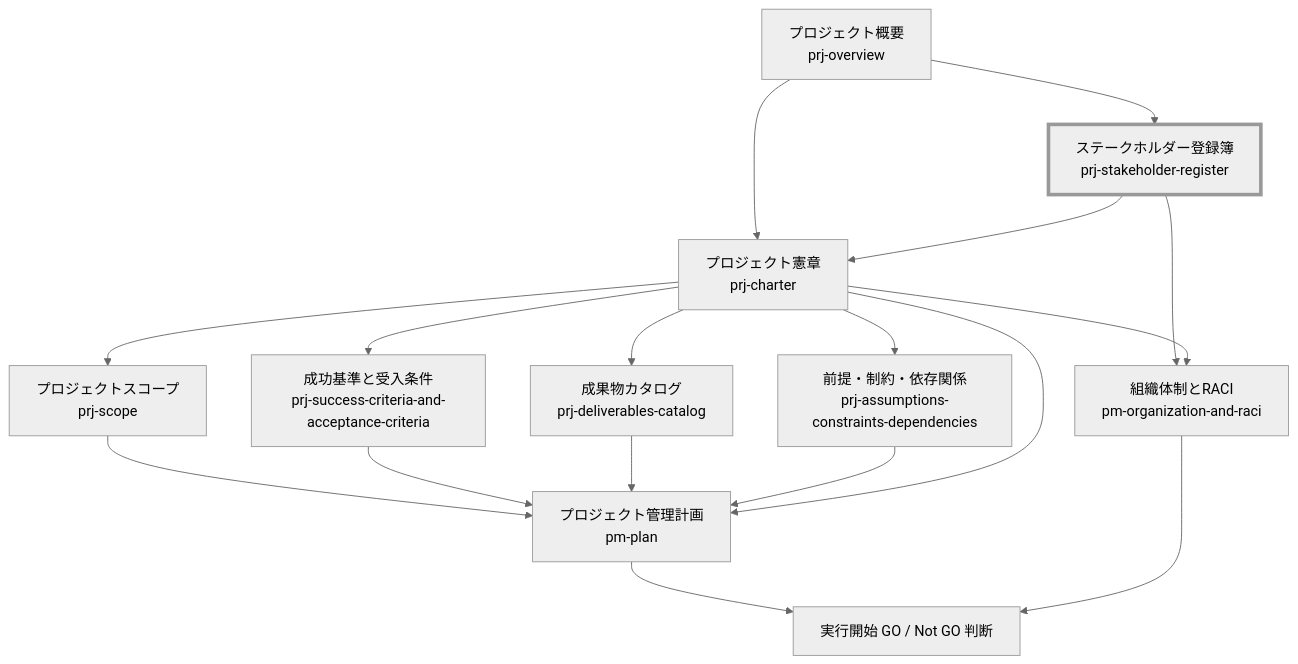
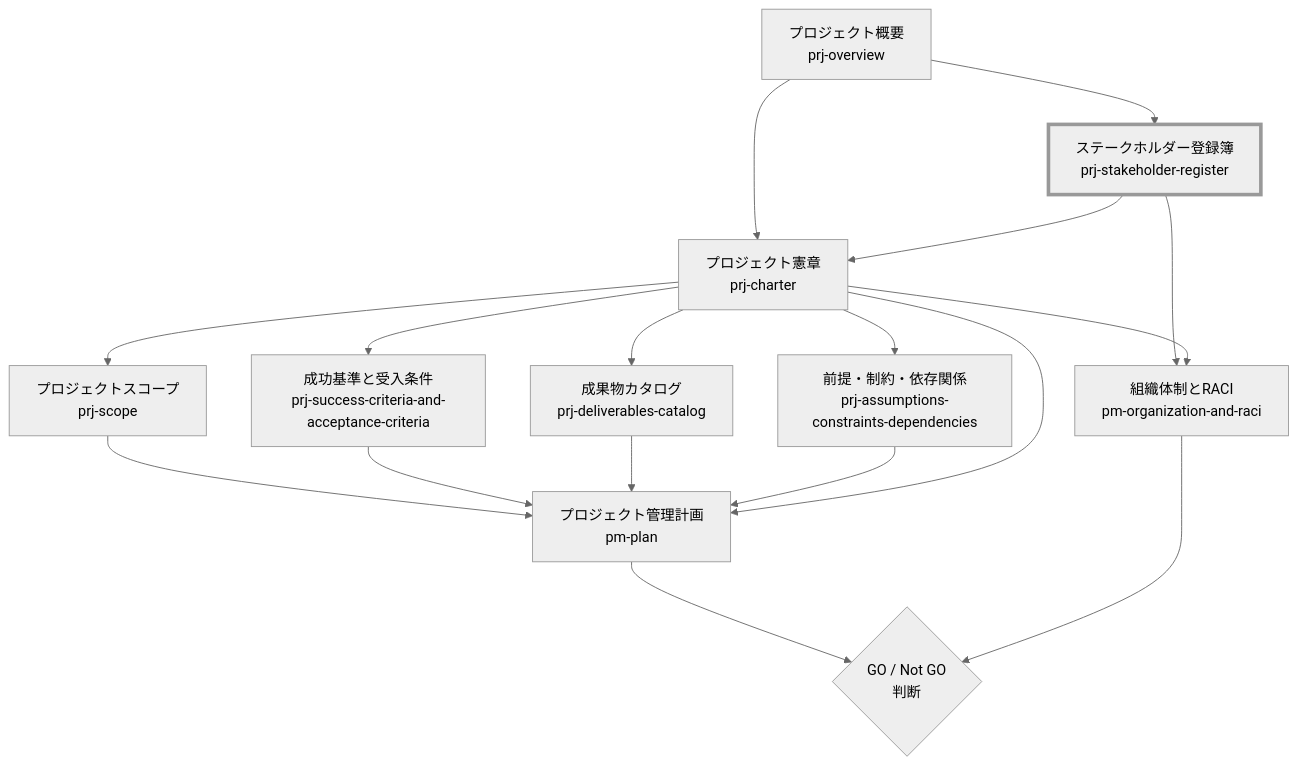
One commit to specdojo/specdojo-handbook changed the diagram in docs/ja/specdojo/rulebooks/prj-stakeholder-register-rulebook.md. Above: the diagram before and after it, drawn with Mermaid (neutral theme). The commit also changed other lines of this file and 3 other files, not shown here.

````diff
--- a/docs/ja/specdojo/rulebooks/prj-stakeholder-register-rulebook.md
+++ b/docs/ja/specdojo/rulebooks/prj-stakeholder-register-rulebook.md
@@ -27,39 +27,39 @@
 ```mermaid
 flowchart TD
   POV["プロジェクト概要<br/>prj-overview"]
   SHR["ステークホルダー登録簿<br/>prj-stakeholder-register"]
   PCH["プロジェクト憲章<br/>prj-charter"]
 
   PSC["プロジェクトスコープ<br/>prj-scope"]
   SCA["成功基準と受入条件<br/>prj-success-criteria-and-acceptance-criteria"]
   DVC["成果物カタログ<br/>prj-deliverables-catalog"]
   ACD["前提・制約・依存関係<br/>prj-assumptions-constraints-dependencies"]
 
   PMP["プロジェクト管理計画<br/>pm-plan"]
   RAC["組織体制とRACI<br/>pm-organization-and-raci"]
-  GNG["実行開始 GO / Not GO 判断"]
+  GNG{"GO / Not GO<br/>判断"}
 
   POV --> SHR
   POV --> PCH
   SHR --> PCH
 
   PCH --> PSC
   PCH --> SCA
   PCH --> DVC
   PCH --> ACD
 
   PSC --> PMP
   SCA --> PMP
   DVC --> PMP
   ACD --> PMP
   PCH --> PMP
 
   SHR --> RAC
   PCH --> RAC
 
   PMP --> GNG
   RAC --> GNG
 
   classDef target stroke-width:4px
   class SHR target
 ```
````
